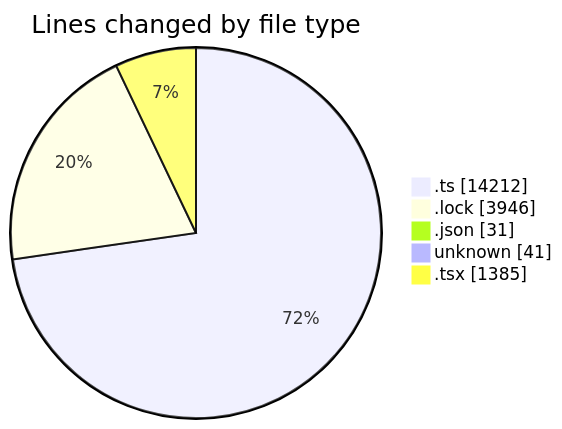
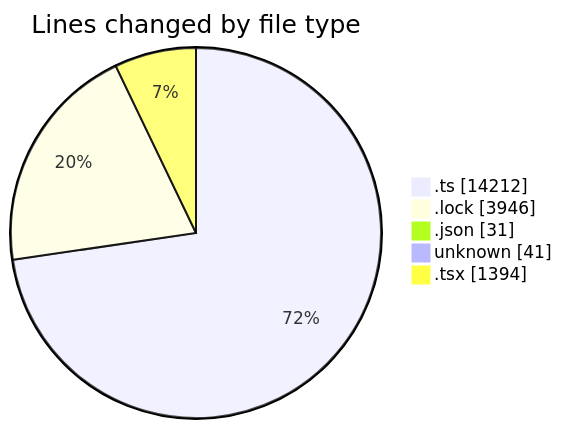
The first of 2 diagrams in 2025-08-19/cda/README.md (momahboobian/code-tracking), drawn with Mermaid before and after one commit. The commit also changed other lines of this file and 1 other file, not shown here.

````diff
--- a/2025-08-19/cda/README.md
+++ b/2025-08-19/cda/README.md
@@ -38,9 +38,9 @@
 ```mermaid
 pie showData
 title Lines changed by file type
 ".ts" : 14212
 ".lock" : 3946
 ".json" : 31
 "unknown" : 41
-".tsx" : 1385
+".tsx" : 1394
 ```
````
